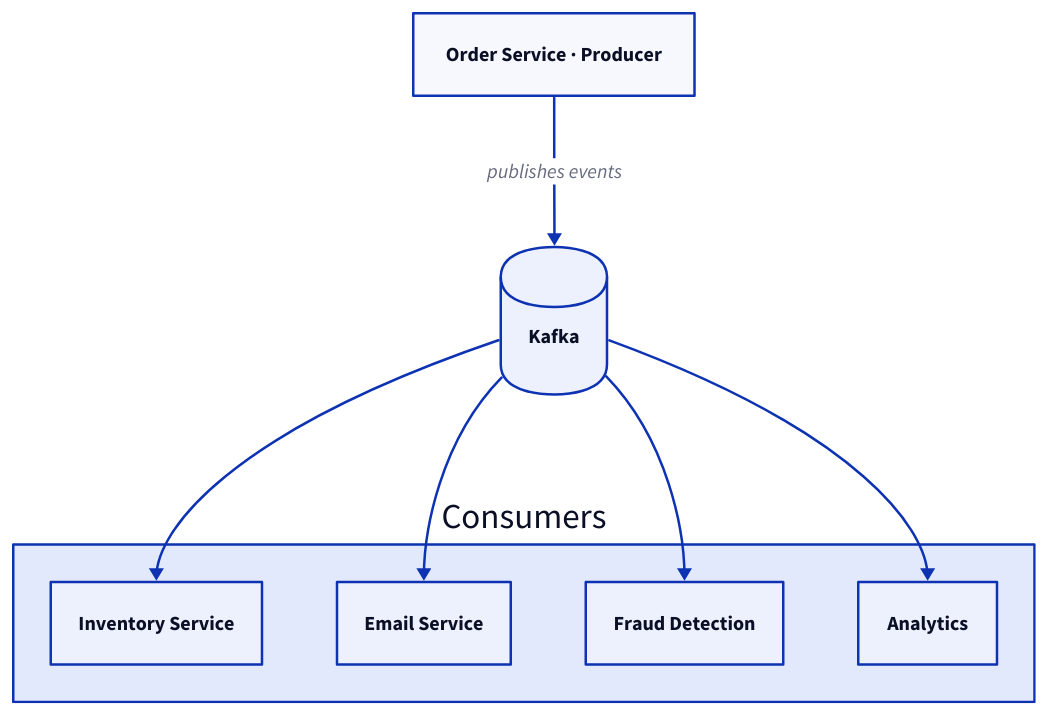
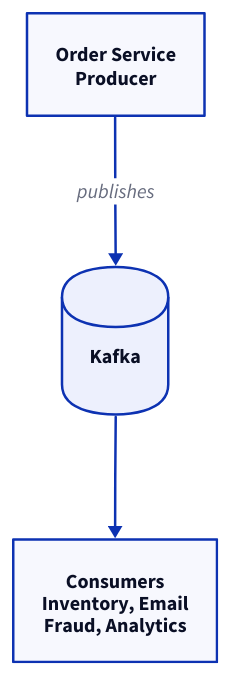
Before and after one commit to g-savitha/gsavitha.in: the first of 6 diagrams in src/content/blog/kafka-explained-like-you-are-5.md, drawn with D2. The commit also changed other lines of this file and 11 other files, not shown here.

````diff
--- a/src/content/blog/kafka-explained-like-you-are-5.md
+++ b/src/content/blog/kafka-explained-like-you-are-5.md
@@ -59,17 +59,8 @@
 ```d2
 direction: down
-P: "Order Service · Producer" {class: success}
+P: "Order Service\nProducer" {class: success}
 K: Kafka {shape: cylinder; class: primary}
-consumers: "Consumers" {
-  direction: down
-  C1: "Inventory Service" {class: info}
-  C2: "Email Service" {class: info}
-  C3: "Fraud Detection" {class: info}
-  C4: Analytics {class: info}
-}
-P -> K: "publishes events"
-K -> consumers.C1
-K -> consumers.C2
-K -> consumers.C3
-K -> consumers.C4
+C: "Consumers\nInventory, Email\nFraud, Analytics" {class: info}
+P -> K: publishes
+K -> C
 ```
````
